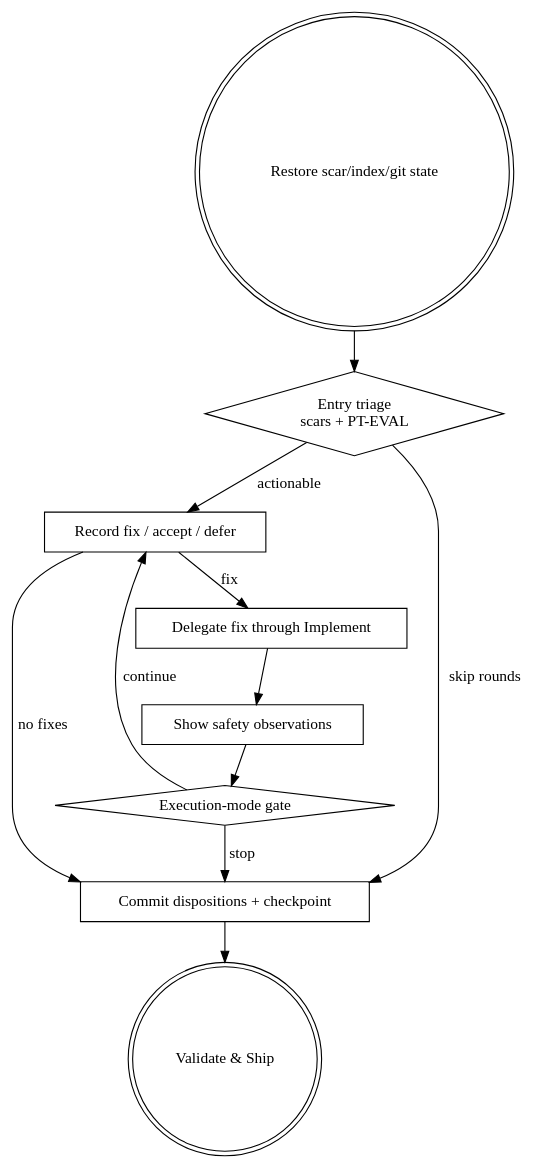
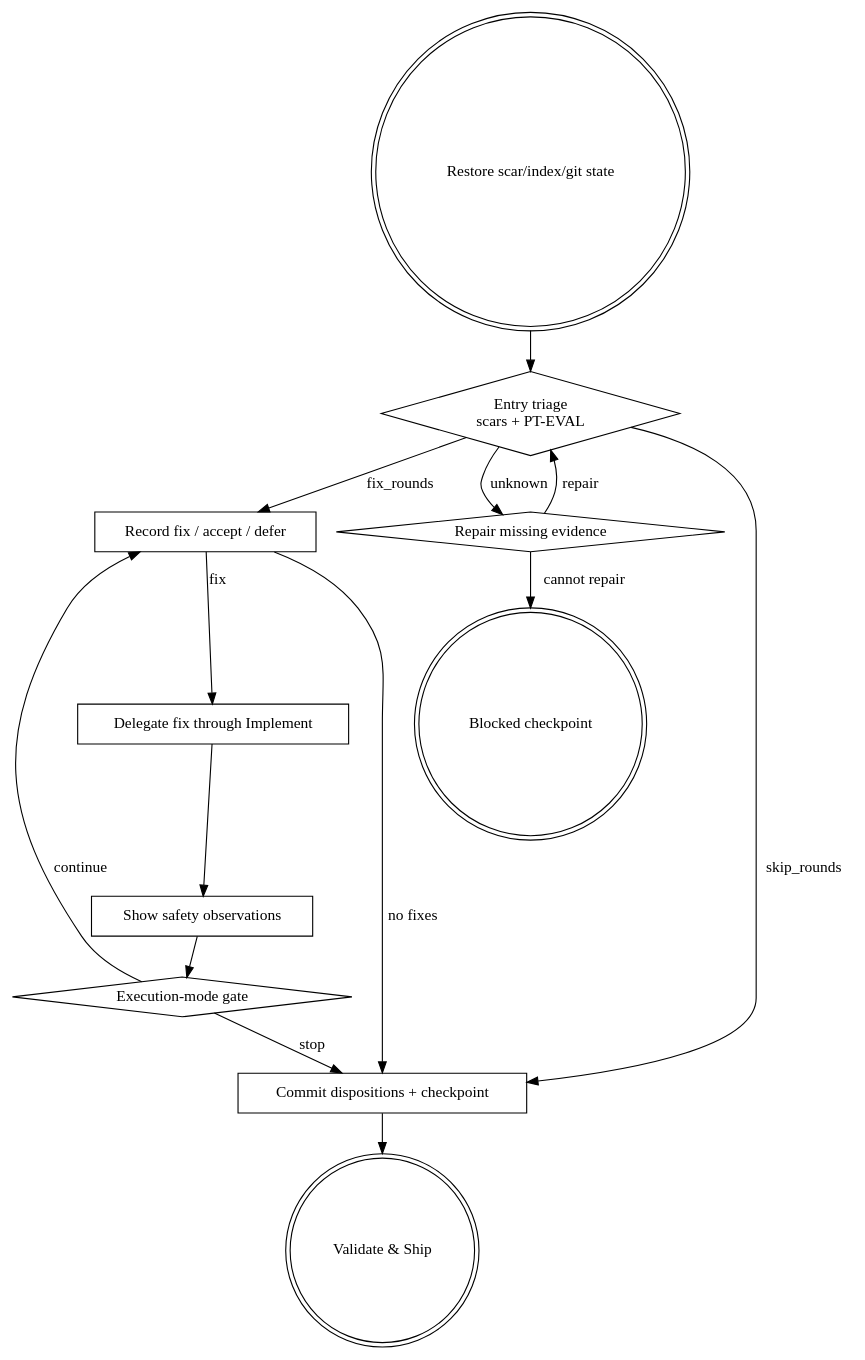
The diagram in skills/iteration/SKILL.md (roymondliao/samsara), drawn with Graphviz before and after one commit. The commit also changed 11 other files, not shown here.

````diff
--- a/skills/iteration/SKILL.md
+++ b/skills/iteration/SKILL.md
@@ -24,24 +24,29 @@
 ```dot
 digraph iteration {
     node [shape=box];
     start [label="Restore scar/index/git state" shape=doublecircle];
     entry [label="Entry triage\nscars + PT-EVAL" shape=diamond];
     classify [label="Record fix / accept / defer"];
     fix [label="Delegate fix through Implement"];
     safety [label="Show safety observations"];
     gate [label="Execution-mode gate" shape=diamond];
+    repair [label="Repair missing evidence" shape=diamond];
+    blocked [label="Blocked checkpoint" shape=doublecircle];
     commit [label="Commit dispositions + checkpoint"];
     ship [label="Validate & Ship" shape=doublecircle];
 
     start -> entry;
-    entry -> commit [label="skip rounds"];
-    entry -> classify [label="actionable"];
+    entry -> commit [label="skip_rounds"];
+    entry -> classify [label="fix_rounds"];
+    entry -> repair [label="unknown"];
+    repair -> entry [label="repair"];
+    repair -> blocked [label="cannot repair"];
     classify -> fix [label="fix"];
     classify -> commit [label="no fixes"];
     fix -> safety;
     safety -> gate;
     gate -> classify [label="continue"];
     gate -> commit [label="stop"];
     commit -> ship;
 }
 ```
````
